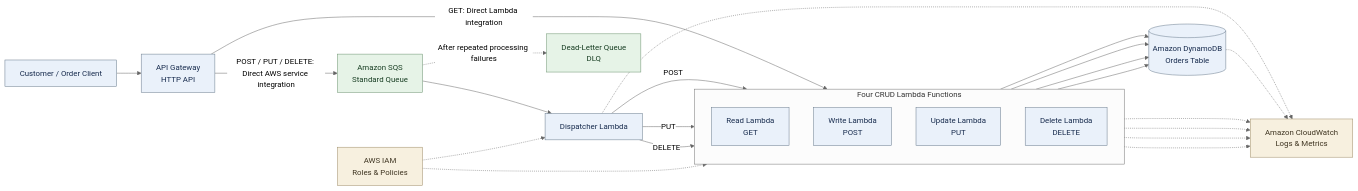
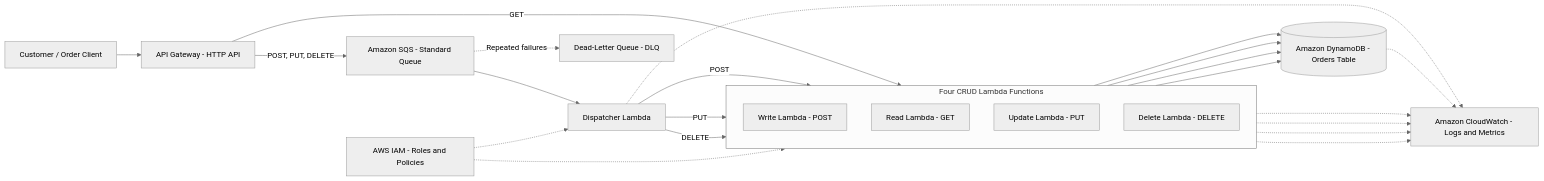
One commit to jahedzaheer/aws-order-processing-system changed the diagram in week-1/week-1-1.md. Above: the diagram before and after it, drawn with Mermaid (neutral theme). The commit also changed other lines of this file, not shown here.

Commit message:
Update architecture diagram with clearer labels

````diff
--- a/week-1/week-1-1.md
+++ b/week-1/week-1-1.md
@@ -79,41 +80,45 @@
 ```mermaid
 flowchart LR
-    C[Customer / Order Client] --> A[API Gateway<br/>HTTP API]
-    A -->|POST / PUT / DELETE: Direct AWS service integration| Q[Amazon SQS<br/>Standard Queue]
-    A -->|GET: Direct Lambda integration| R
-    Q --> D[Dispatcher Lambda]
+    C["Customer / Order Client"]
+    A["API Gateway - HTTP API"]
+    Q["Amazon SQS - Standard Queue"]
+    D["Dispatcher Lambda"]
+    DB[("Amazon DynamoDB - Orders Table")]
+    DLQ["Dead-Letter Queue - DLQ"]
+    CW["Amazon CloudWatch - Logs and Metrics"]
+    IAM["AWS IAM - Roles and Policies"]
 
-    subgraph CRUD[Four CRUD Lambda Functions]
-      direction TB
-      W[Write Lambda<br/>POST]
-      R[Read Lambda<br/>GET]
-      U[Update Lambda<br/>PUT]
-      X[Delete Lambda<br/>DELETE]
+    subgraph CRUD["Four CRUD Lambda Functions"]
+        direction TB
+        W["Write Lambda - POST"]
+        R["Read Lambda - GET"]
+        U["Update Lambda - PUT"]
+        X["Delete Lambda - DELETE"]
     end
 
-    D -->|POST| W
-    D -->|PUT| U
-    D -->|DELETE| X
+    C --> A
+    A -->|"POST, PUT, DELETE"| Q
+    A -->|"GET"| R
+    Q --> D
 
-    W --> DB[(Amazon DynamoDB<br/>Orders Table)]
+    D -->|"POST"| W
+    D -->|"PUT"| U
+    D -->|"DELETE"| X
+
+    W --> DB
     R --> DB
     U --> DB
     X --> DB
 
-    Q -.->|After repeated processing failures| DLQ[Dead-Letter Queue<br/>DLQ]
-    D -.-> CW[Amazon CloudWatch<br/>Logs & Metrics]
+    Q -.->|"Repeated failures"| DLQ
+
+    D -.-> CW
     W -.-> CW
     R -.-> CW
     U -.-> CW
     X -.-> CW
     DB -.-> CW
-    IAM[AWS IAM<br/>Roles & Policies] -.-> D
+
+    IAM -.-> D
     IAM -.-> CRUD
-
-    classDef main fill:#eaf1fa,stroke:#66788a,color:#172b4d;
-    classDef queue fill:#e6f3e7,stroke:#69916d,color:#173d22;
-    classDef support fill:#f7f0df,stroke:#9c8b66,color:#3e3421;
-    class C,A,D,W,R,U,X,DB main;
-    class Q,DLQ queue;
-    class CW,IAM support;
 ```
````
